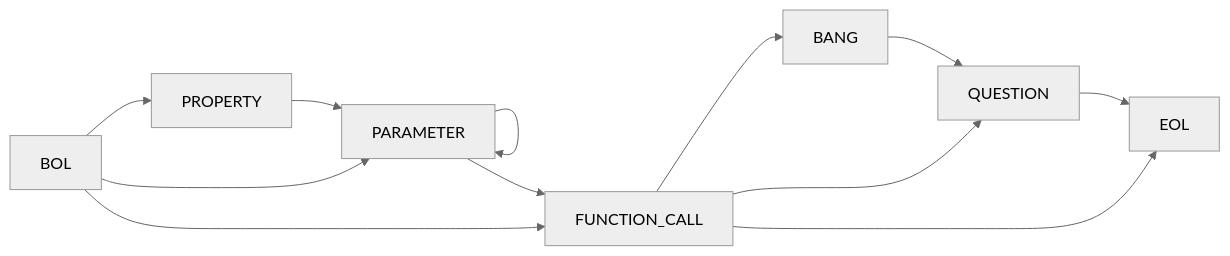
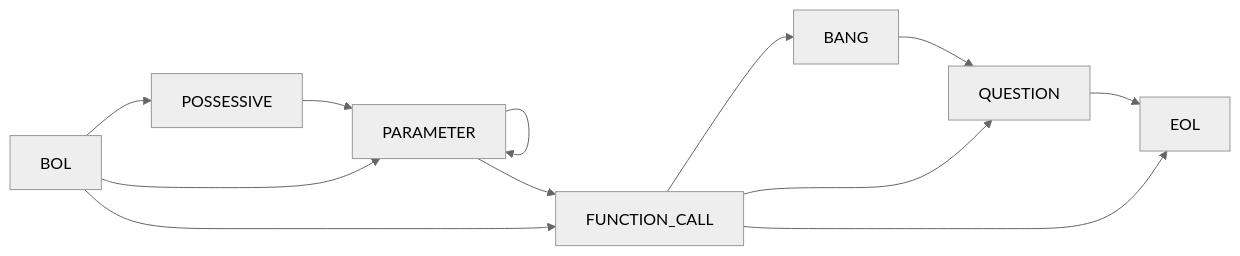
One commit to rewhowe/snapdragon changed the third of 12 diagrams in documentation/nfsm.md. Above: the diagram before and after it, drawn with Mermaid (neutral theme). The commit also changed other lines of this file and 11 other files, not shown here.

Commit message:
rename token property to possessive

````diff
--- a/documentation/nfsm.md
+++ b/documentation/nfsm.md
@@ -51,19 +51,19 @@
 ```mermaid
 graph LR
   BOL --> PARAMETER
   BOL --> FUNCTION_CALL
-  BOL --> PROPERTY
+  BOL --> POSSESSIVE
 
   PARAMETER --> PARAMETER
   PARAMETER --> FUNCTION_CALL
 
   FUNCTION_CALL --> EOL
   FUNCTION_CALL --> BANG
   FUNCTION_CALL --> QUESTION
 
-  PROPERTY --> PARAMETER
+  POSSESSIVE --> PARAMETER
 
   BANG --> QUESTION
 
   QUESTION --> EOL
 ```
````
